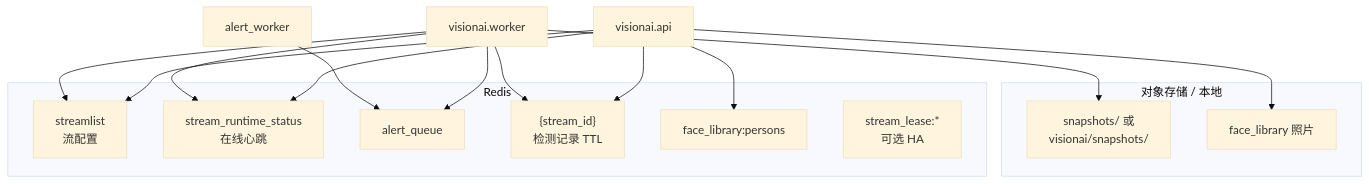
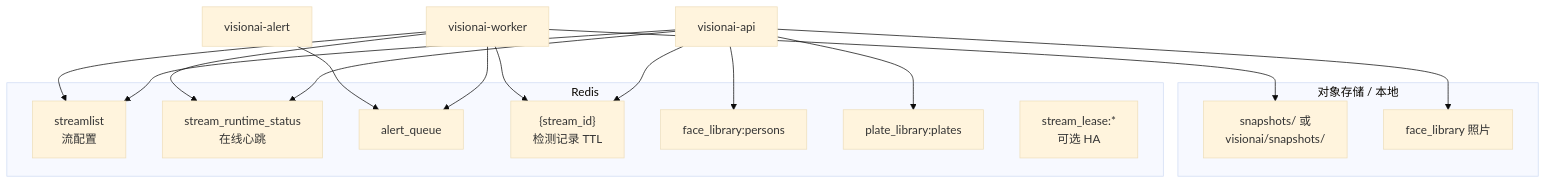
Before and after one commit to jiaxu-wang/JXVisionAI: the fifth of 5 diagrams in docs/architecture.md, drawn with Mermaid (base theme). The commit also changed other lines of this file and 72 other files, not shown here.

````diff
--- a/docs/architecture.md
+++ b/docs/architecture.md
@@ -212,26 +264,28 @@
 ```mermaid
 flowchart TB
   subgraph redis [Redis]
     SL["streamlist<br/>流配置"]
     ST["stream_runtime_status<br/>在线心跳"]
     AQ["alert_queue"]
     DET["{stream_id}<br/>检测记录 TTL"]
     FACE["face_library:persons"]
+    PLATE["plate_library:plates"]
     LEASE["stream_lease:*<br/>可选 HA"]
   end
   subgraph objects [对象存储 / 本地]
     Snap["snapshots/ 或<br/>visionai/snapshots/"]
     FacePic["face_library 照片"]
   end
-  API[visionai.api] --> SL
+  API[visionai-api] --> SL
   API --> ST
   API --> DET
   API --> FACE
-  W[visionai.worker] --> SL
+  API --> PLATE
+  W[visionai-worker] --> SL
   W --> ST
   W --> AQ
   W --> DET
   W --> Snap
-  AW[alert_worker] --> AQ
+  AW[visionai-alert] --> AQ
   API --> FacePic
 ```
````
